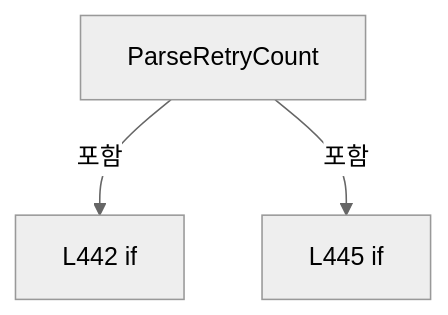
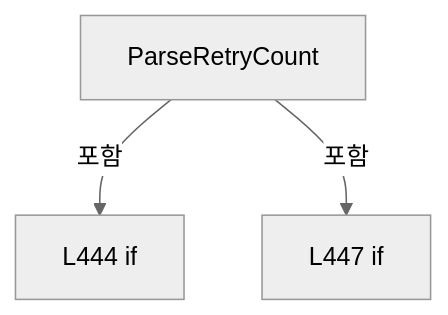
Before and after one commit to kjuws10-rgb/Shared: diagram 18 of 18 in A3 LD Code Ref/files/Drilling.Common/Managers/CRecipeManager.cs.md, drawn with Mermaid (neutral theme). The commit also changed other lines of this file and 2071 other files, not shown here.

Commit message:
docs(a3): update 11.19.0 architecture and code reference

````diff
--- a/A3 LD Code Ref/files/Drilling.Common/Managers/CRecipeManager.cs.md
+++ b/A3 LD Code Ref/files/Drilling.Common/Managers/CRecipeManager.cs.md
@@ -2815,8 +2817,8 @@
 ```mermaid
 flowchart TD
  M["ParseRetryCount"]
- N0["L442 if"]
+ N0["L444 if"]
  M -->|포함| N0
- N1["L445 if"]
+ N1["L447 if"]
  M -->|포함| N1
 ```
````
